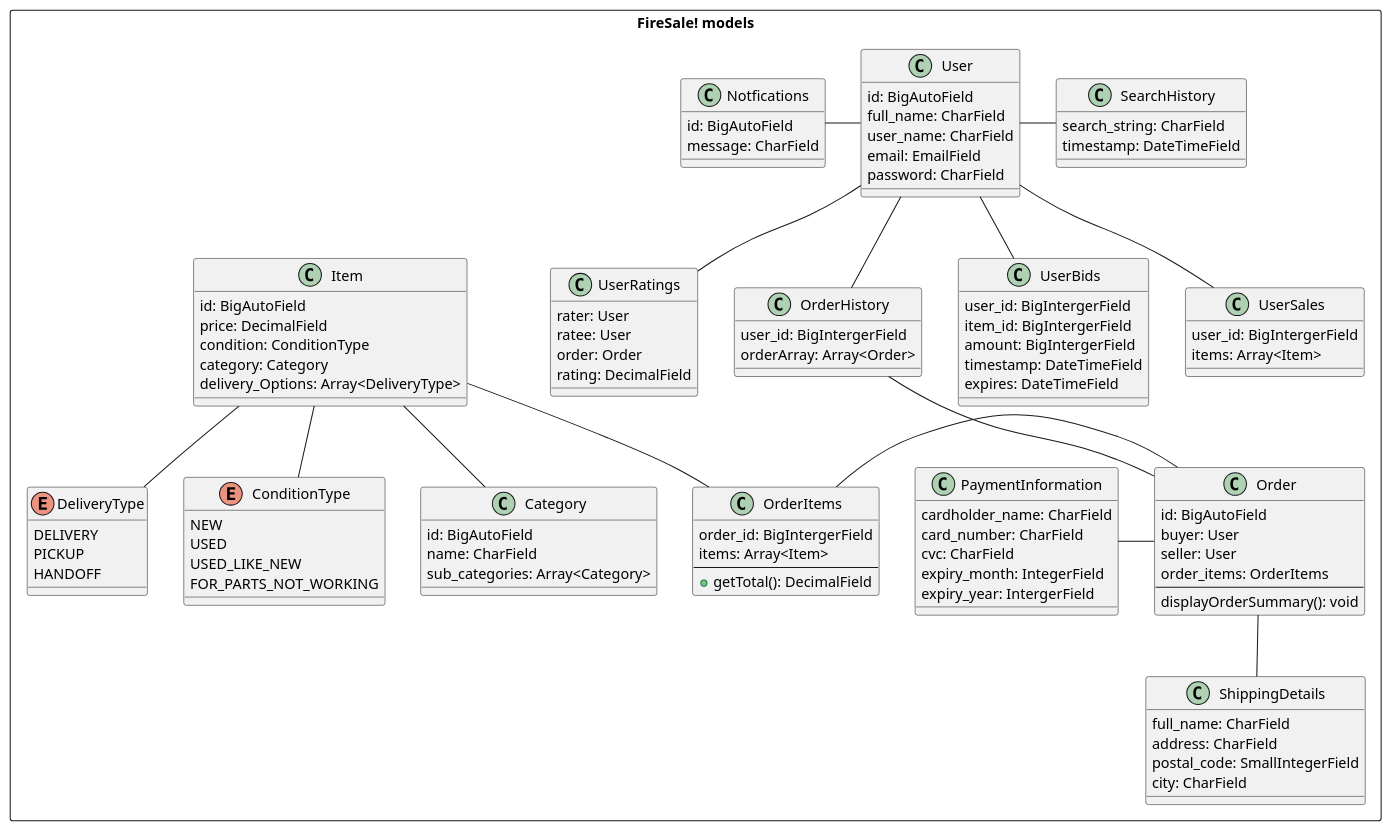
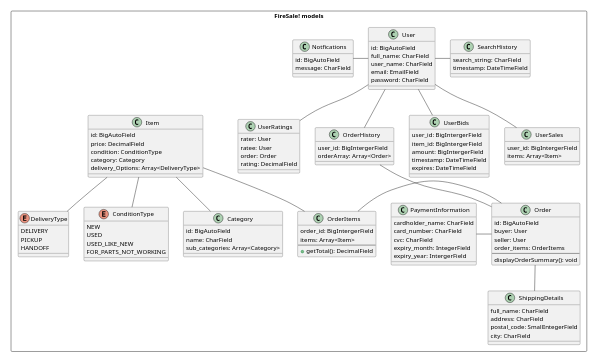
One commit to T-220-VLN2-H2/Code changed the diagram in docs/diagrams/clsModels.pu. Above: the diagram before and after it, drawn with PlantUML. The commit also changed 2 other files, not shown here.

```diff
--- a/docs/diagrams/clsModels.pu
+++ b/docs/diagrams/clsModels.pu
@@ -1,113 +1,115 @@
 @startuml FireSale!
+scale 0.42
+'scale 1.5 | scale 200 width | scale 100 height | scale [max] 200x100
 rectangle "FireSale! models" as models{
     class User {
         id: BigAutoField
         full_name: CharField
         user_name: CharField
         email: EmailField
         password: CharField
     }
     class Order {
         id: BigAutoField
         buyer: User
         seller: User
         order_items: OrderItems
         --
         displayOrderSummary(): void
     }
     class OrderItems {
         order_id: BigIntergerField
         items: Array<Item>
         --
         + getTotal(): DecimalField
     }
     class OrderHistory{
         user_id: BigIntergerField
         orderArray: Array<Order>
     }
     class PaymentInformation {
         cardholder_name: CharField
         card_number: CharField
         cvc: CharField
         expiry_month: IntegerField
         expiry_year: IntergerField
 
     }
     class ShippingDetails {
         full_name: CharField
         address: CharField
         postal_code: SmallIntegerField
         city: CharField
     }
     class Item{
         id: BigAutoField
         price: DecimalField
         condition: ConditionType
         category: Category
         delivery_Options: Array<DeliveryType>
 
     }
     enum ConditionType {
         NEW
         USED
         USED_LIKE_NEW
         FOR_PARTS_NOT_WORKING
     }
     class SearchHistory{
         search_string: CharField
         timestamp: DateTimeField
     }
     class Category{
         id: BigAutoField
         name: CharField
         sub_categories: Array<Category>
     }
     class UserBids {
         user_id: BigIntergerField
         item_id: BigIntergerField
         amount: BigIntergerField
         timestamp: DateTimeField
         expires: DateTimeField
 
     }
     class UserSales {
         user_id: BigIntergerField
         items: Array<Item>
     }
     class UserRatings {
         rater: User
         ratee: User
         order: Order
         rating: DecimalField
     }
     class Notfications {
         id: BigAutoField
         message: CharField
     }
     enum DeliveryType {
         DELIVERY
         PICKUP
         HANDOFF
     }
     User -d- OrderHistory
     User - SearchHistory
 
     OrderHistory -d- Order
     OrderItems -l- Order
     OrderItems -u- Item
 
     UserBids -u- User
     UserSales -u- User
     UserRatings -u- User
 
     Item -- ConditionType
     Item -d- Category
     Item -d- DeliveryType
 
     Order -l- PaymentInformation
     Order -d- ShippingDetails
 
     User -l- Notfications
 }
 
 @enduml
```
